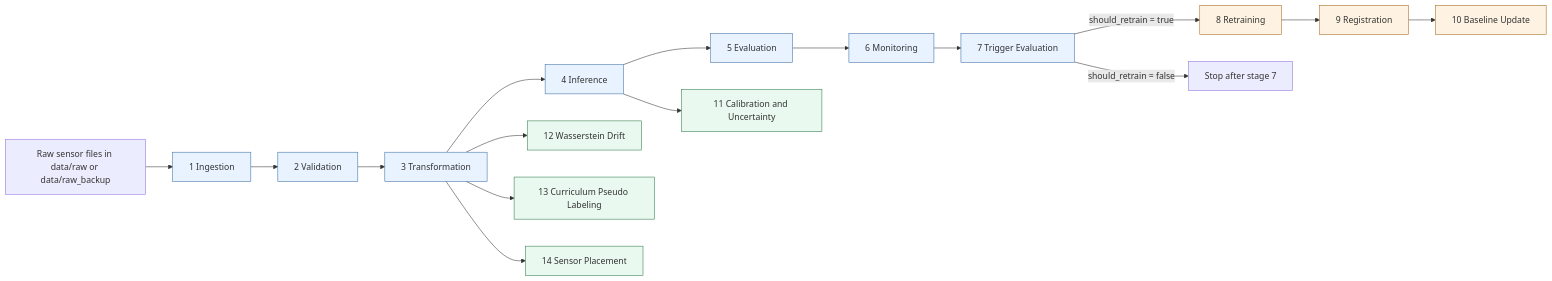
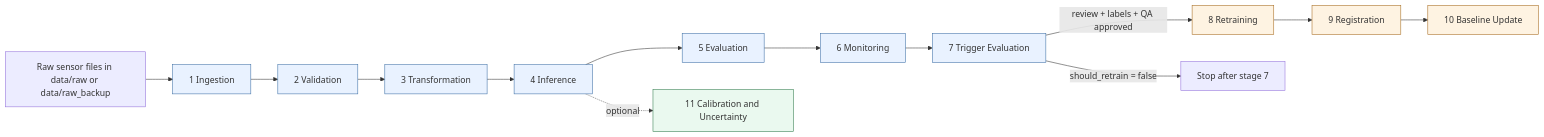
One commit to ShalinVachheta017/wearable-har-mlops-pipeline changed the first of 20 diagrams in docs/PIPELINE_DATA_FLOW_MAP.md. Above: the diagram before and after it, drawn with Mermaid. The commit also changed other lines of this file and 450 other files, not shown here.

````diff
--- a/docs/PIPELINE_DATA_FLOW_MAP.md
+++ b/docs/PIPELINE_DATA_FLOW_MAP.md
@@ -16,29 +16,26 @@
 ```mermaid
 flowchart LR
     RAW[Raw sensor files in data/raw or data/raw_backup] --> S1[1 Ingestion]
     S1 --> S2[2 Validation]
     S2 --> S3[3 Transformation]
     S3 --> S4[4 Inference]
     S4 --> S5[5 Evaluation]
     S5 --> S6[6 Monitoring]
     S6 --> S7[7 Trigger Evaluation]
 
-    S7 -->|should_retrain = true| S8[8 Retraining]
+    S7 -->|review + labels + QA approved| S8[8 Retraining]
     S7 -->|should_retrain = false| END1[Stop after stage 7]
 
     S8 --> S9[9 Registration]
     S9 --> S10[10 Baseline Update]
 
-    S4 --> S11[11 Calibration and Uncertainty]
-    S3 --> S12[12 Wasserstein Drift]
-    S3 --> S13[13 Curriculum Pseudo Labeling]
-    S3 --> S14[14 Sensor Placement]
+    S4 -. optional .-> S11[11 Calibration and Uncertainty]
 
     classDef defaultStage fill:#e9f2ff,stroke:#3b6ea5,stroke-width:1px;
     classDef retrainStage fill:#fef3e2,stroke:#a56a1f,stroke-width:1px;
     classDef advancedStage fill:#eaf9ef,stroke:#2f7a4b,stroke-width:1px;
 
     class S1,S2,S3,S4,S5,S6,S7 defaultStage;
     class S8,S9,S10 retrainStage;
-    class S11,S12,S13,S14 advancedStage;
+    class S11 advancedStage;
 ```
````
